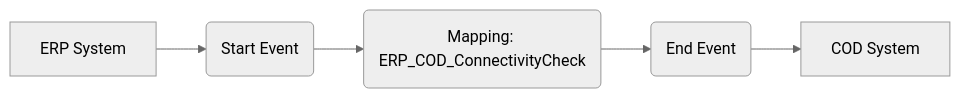
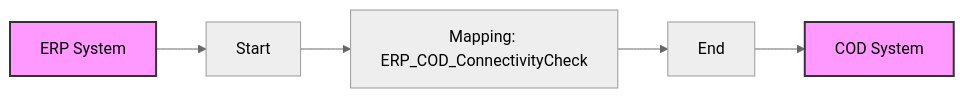
The diagram in MMZ - Cell Iflows/Check_Connectivity_from_SAP_Business_Suite_MMZ-1.0.3/readme.md (Avvale-IA-CICD/AvvaleCPI), drawn with Mermaid (neutral theme) before and after one commit. The commit also changed other lines of this file, not shown here.

Commit message:
Add/update documentation for Check_Connectivity_from_SAP_Business_Suite_MMZ v1.0.3

````diff
--- a/MMZ - Cell Iflows/Check_Connectivity_from_SAP_Business_Suite_MMZ-1.0.3/readme.md
+++ b/MMZ - Cell Iflows/Check_Connectivity_from_SAP_Business_Suite_MMZ-1.0.3/readme.md
@@ -4,7 +4,9 @@
 ```mermaid
 graph LR
-    ERP[ERP System] --> StartEvent(Start Event)
-    StartEvent --> Mapping(Mapping: ERP_COD_ConnectivityCheck)
-    Mapping --> EndEvent(End Event)
-    EndEvent --> COD[COD System]
+    ERP[ERP System] --> StartEvent
+    StartEvent[Start] --> Mapping
+    Mapping[Mapping: ERP_COD_ConnectivityCheck] --> EndEvent
+    EndEvent[End] --> COD[COD System]
+    style ERP fill:#f9f,stroke:#333,stroke-width:2px
+    style COD fill:#f9f,stroke:#333,stroke-width:2px
 ```
````
